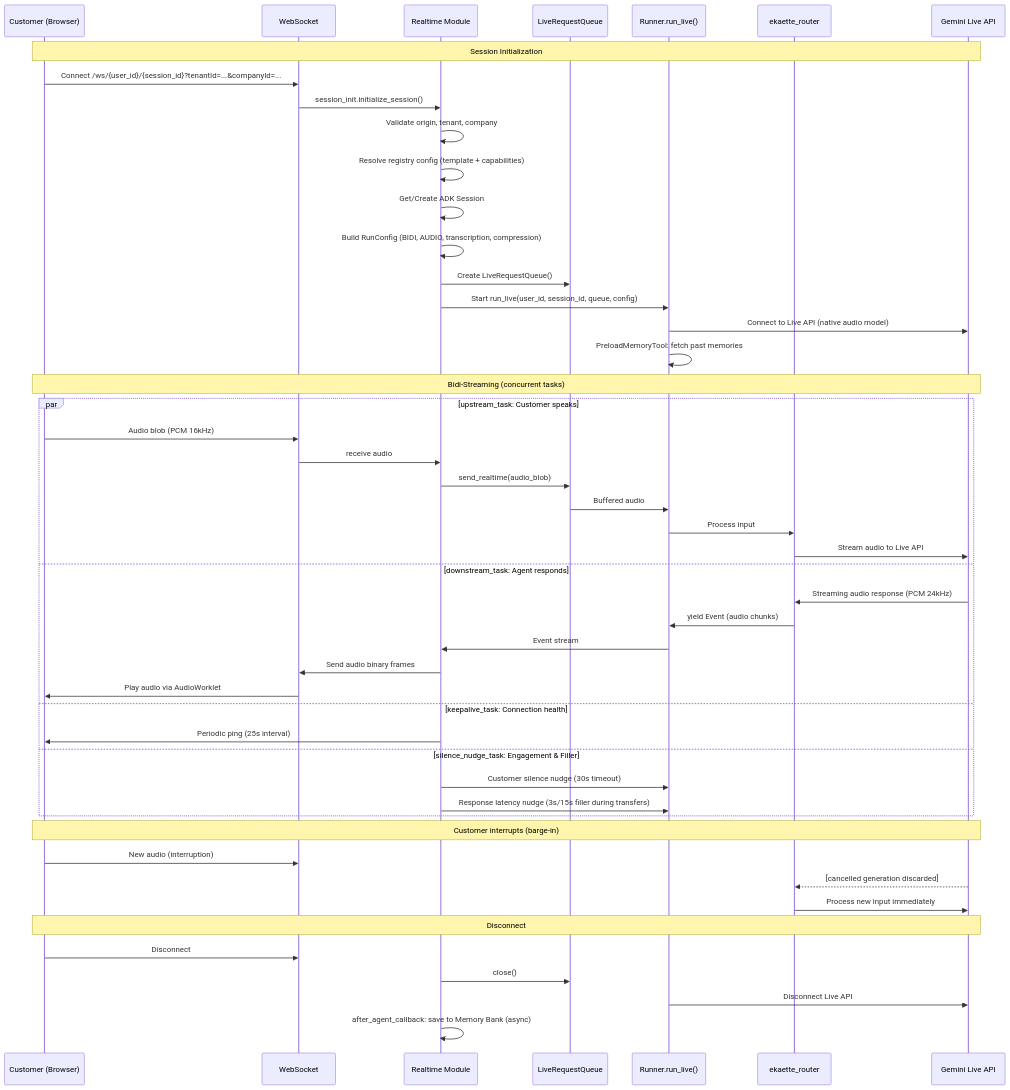
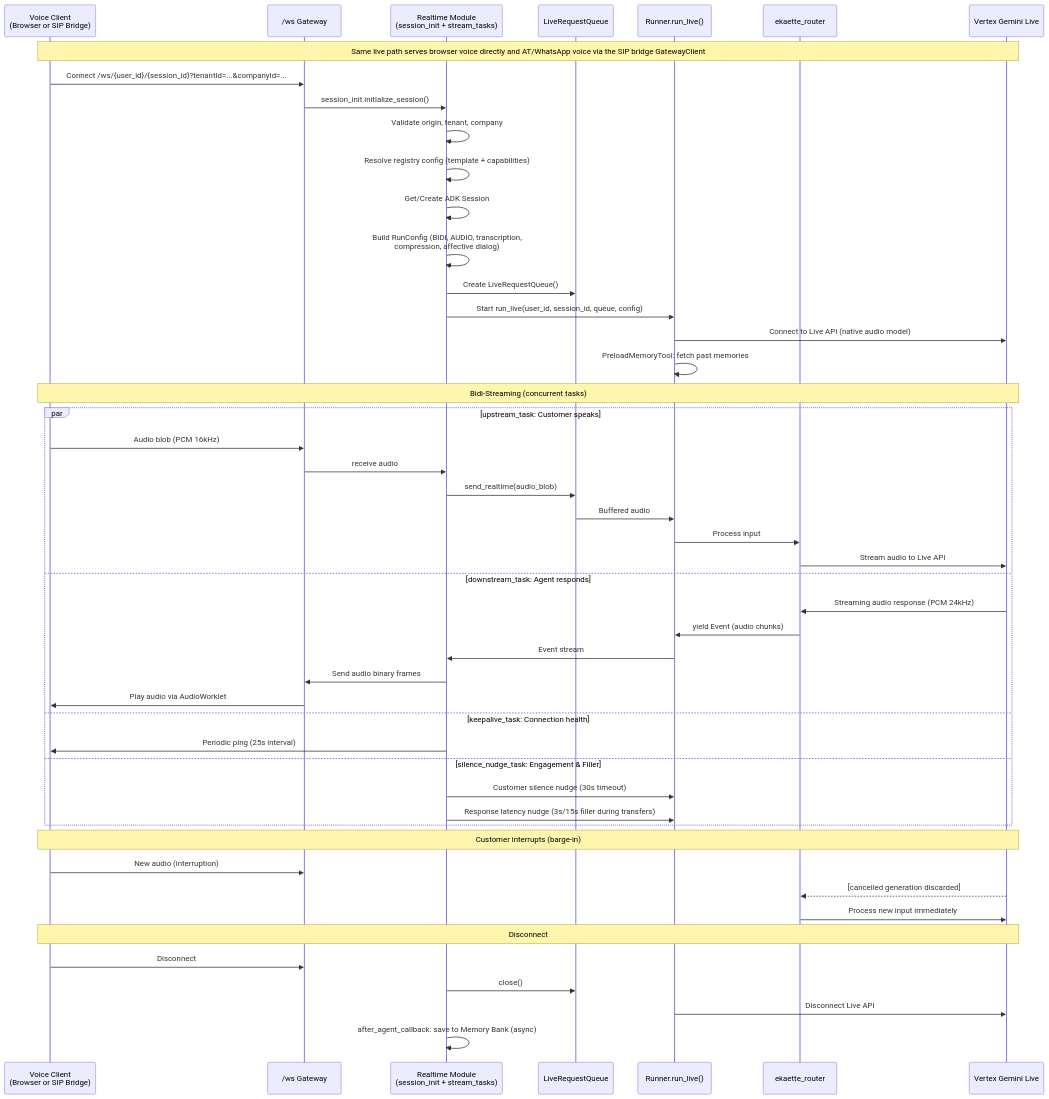
The first of 4 diagrams in docs/architecture/02-voice-agents.md (ogabasseyy/ekaette), drawn with Mermaid before and after one commit. The commit also changed other lines of this file and 12 other files, not shown here.

Commit message:
docs(architecture): align README and local docs with voice platform

````diff
--- a/docs/architecture/02-voice-agents.md
+++ b/docs/architecture/02-voice-agents.md
@@ -7,55 +7,55 @@
 ```mermaid
 sequenceDiagram
-    participant C as Customer (Browser)
-    participant WS as WebSocket
-    participant RT as Realtime Module
+    participant C as Voice Client<br/>(Browser or SIP Bridge)
+    participant WS as /ws Gateway
+    participant RT as Realtime Module<br/>(session_init + stream_tasks)
     participant LRQ as LiveRequestQueue
     participant RUN as Runner.run_live()
     participant ROOT as ekaette_router
-    participant API as Gemini Live API
+    participant API as Vertex Gemini Live
 
-    Note over C,API: Session Initialization
+    Note over C,API: Same live path serves browser voice directly and AT/WhatsApp voice via the SIP bridge GatewayClient
     C->>WS: Connect /ws/{user_id}/{session_id}?tenantId=...&companyId=...
     WS->>RT: session_init.initialize_session()
     RT->>RT: Validate origin, tenant, company
     RT->>RT: Resolve registry config (template + capabilities)
     RT->>RT: Get/Create ADK Session
-    RT->>RT: Build RunConfig (BIDI, AUDIO, transcription, compression)
+    RT->>RT: Build RunConfig (BIDI, AUDIO, transcription,<br/>compression, affective dialog)
     RT->>LRQ: Create LiveRequestQueue()
     RT->>RUN: Start run_live(user_id, session_id, queue, config)
     RUN->>API: Connect to Live API (native audio model)
     RUN->>RUN: PreloadMemoryTool: fetch past memories
 
     Note over C,API: Bidi-Streaming (concurrent tasks)
 
     par upstream_task: Customer speaks
         C->>WS: Audio blob (PCM 16kHz)
         WS->>RT: receive audio
         RT->>LRQ: send_realtime(audio_blob)
         LRQ->>RUN: Buffered audio
         RUN->>ROOT: Process input
         ROOT->>API: Stream audio to Live API
     and downstream_task: Agent responds
         API->>ROOT: Streaming audio response (PCM 24kHz)
         ROOT->>RUN: yield Event (audio chunks)
         RUN->>RT: Event stream
         RT->>WS: Send audio binary frames
         WS->>C: Play audio via AudioWorklet
     and keepalive_task: Connection health
         RT->>C: Periodic ping (25s interval)
     and silence_nudge_task: Engagement & Filler
         RT->>RUN: Customer silence nudge (30s timeout)
         RT->>RUN: Response latency nudge (3s/15s filler during transfers)
     end
 
     Note over C,API: Customer interrupts (barge-in)
     C->>WS: New audio (interruption)
     API-->>ROOT: [cancelled generation discarded]
     ROOT->>API: Process new input immediately
 
     Note over C,API: Disconnect
     C->>WS: Disconnect
     RT->>LRQ: close()
     RUN->>API: Disconnect Live API
     RT->>RT: after_agent_callback: save to Memory Bank (async)
 ```
````
